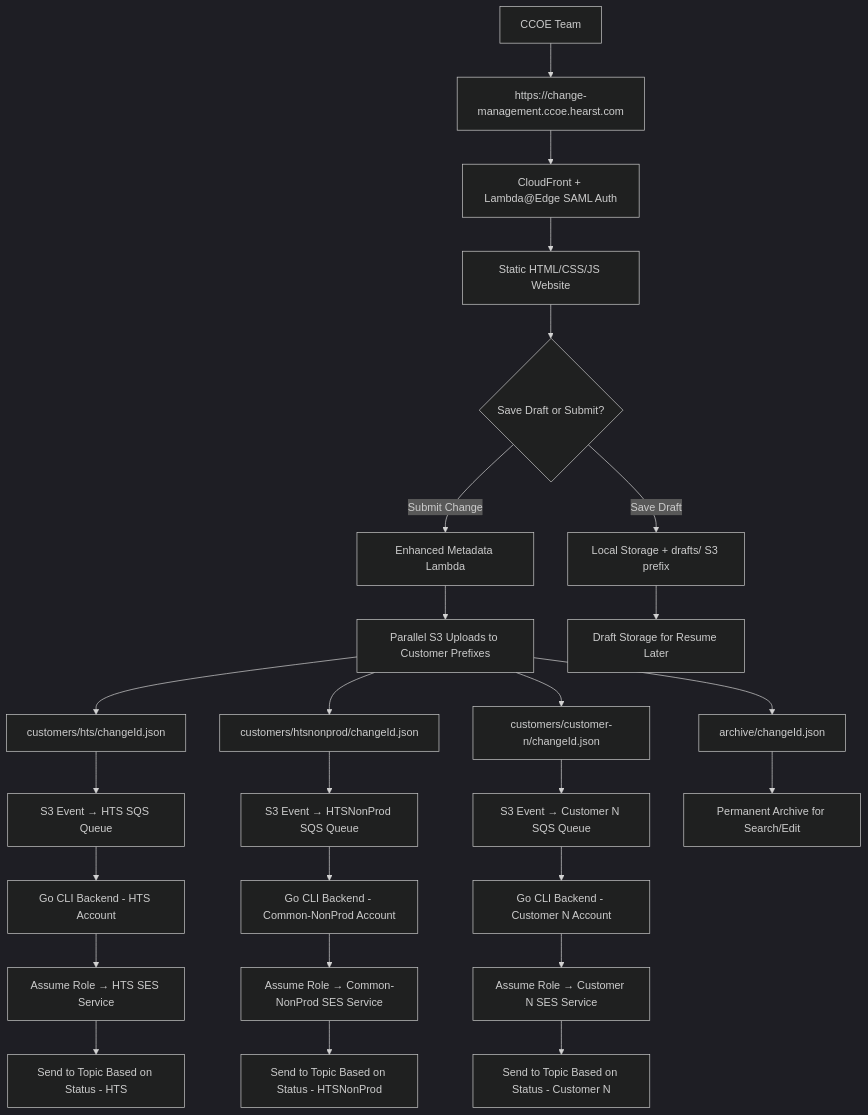
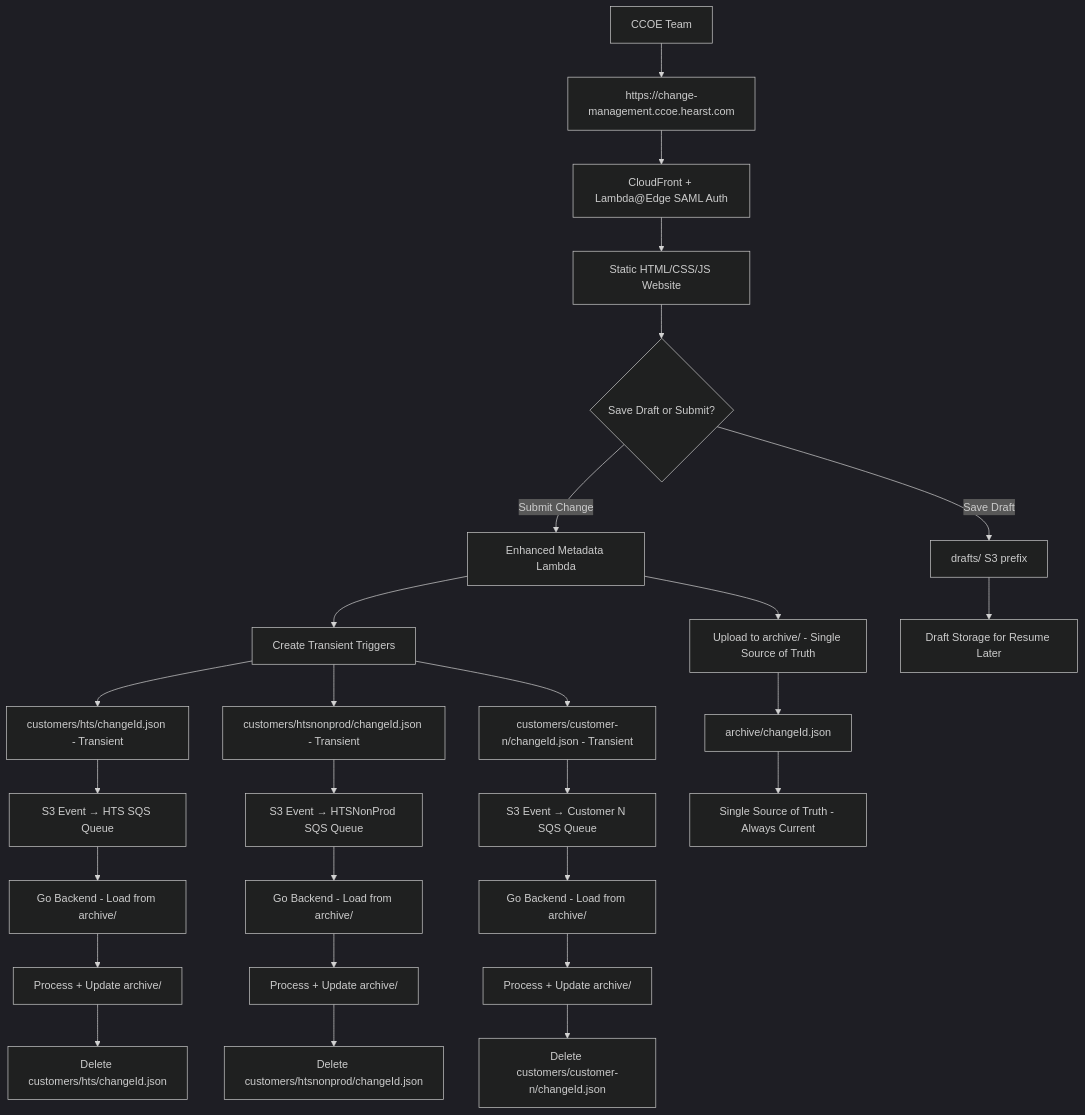
Before and after one commit to hts-ccoe-source/ccoe-customer-contact-manager: the diagram in .kiro/specs/multi-customer-email-distribution/design.md, drawn with Mermaid (dark theme). The commit also changed other lines of this file and 11 other files, not shown here.

Commit message:
bugfixes prior to changes to make customer completely transient

````diff
--- a/.kiro/specs/multi-customer-email-distribution/design.md
+++ b/.kiro/specs/multi-customer-email-distribution/design.md
@@ -15,35 +15,37 @@
 ```mermaid
 graph TB
     A[CCOE Team] --> B[https://change-management.ccoe.hearst.com]
     B --> C[CloudFront + Lambda@Edge SAML Auth]
     C --> D[Static HTML/CSS/JS Website]
     
     D --> E{Save Draft or Submit?}
-    E -->|Save Draft| F[Local Storage + drafts/ S3 prefix]
+    E -->|Save Draft| F[drafts/ S3 prefix]
     E -->|Submit Change| G[Enhanced Metadata Lambda]
     
-    G --> H[Parallel S3 Uploads to Customer Prefixes]
-    H --> I[customers/hts/changeId.json]
-    H --> J[customers/htsnonprod/changeId.json] 
-    H --> K[customers/customer-n/changeId.json]
+    G --> H[Upload to archive/ - Single Source of Truth]
     H --> L[archive/changeId.json]
     
-    I --> M[S3 Event → HTS SQS Queue]
-    J --> N[S3 Event → HTSNonProd SQS Queue]
-    K --> O[S3 Event → Customer N SQS Queue]
+    G --> I[Create Transient Triggers]
+    I --> J[customers/hts/changeId.json - Transient]
+    I --> K[customers/htsnonprod/changeId.json - Transient] 
+    I --> M[customers/customer-n/changeId.json - Transient]
     
-    M --> P[Go CLI Backend - HTS Account]
-    N --> Q[Go CLI Backend - Common-NonProd Account]
-    O --> R[Go CLI Backend - Customer N Account]
+    J --> N[S3 Event → HTS SQS Queue]
+    K --> O[S3 Event → HTSNonProd SQS Queue]
+    M --> P[S3 Event → Customer N SQS Queue]
     
-    P --> S[Assume Role → HTS SES Service]
-    Q --> T[Assume Role → Common-NonProd SES Service]
-    R --> U[Assume Role → Customer N SES Service]
+    N --> Q[Go Backend - Load from archive/]
+    O --> R[Go Backend - Load from archive/]
+    P --> S[Go Backend - Load from archive/]
     
-    S --> V[Send to Topic Based on Status - HTS]
-    T --> W[Send to Topic Based on Status - HTSNonProd]
-    U --> X[Send to Topic Based on Status - Customer N]
+    Q --> T[Process + Update archive/]
+    R --> U[Process + Update archive/]
+    S --> V[Process + Update archive/]
     
-    L --> Y[Permanent Archive for Search/Edit]
-    F --> Z[Draft Storage for Resume Later]
+    T --> W[Delete customers/hts/changeId.json]
+    U --> X[Delete customers/htsnonprod/changeId.json]
+    V --> Y[Delete customers/customer-n/changeId.json]
+    
+    L --> Z[Single Source of Truth - Always Current]
+    F --> AA[Draft Storage for Resume Later]
 ```
````
